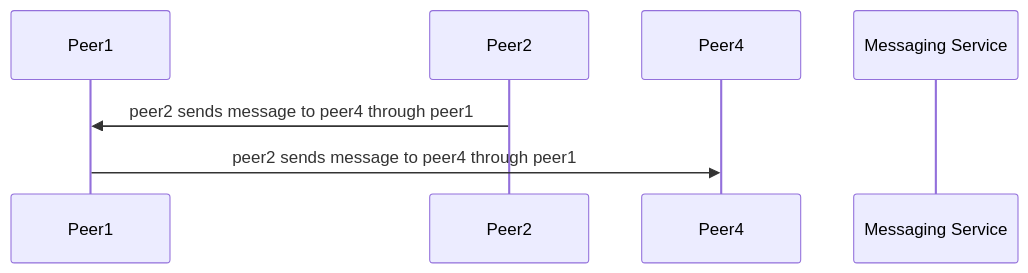
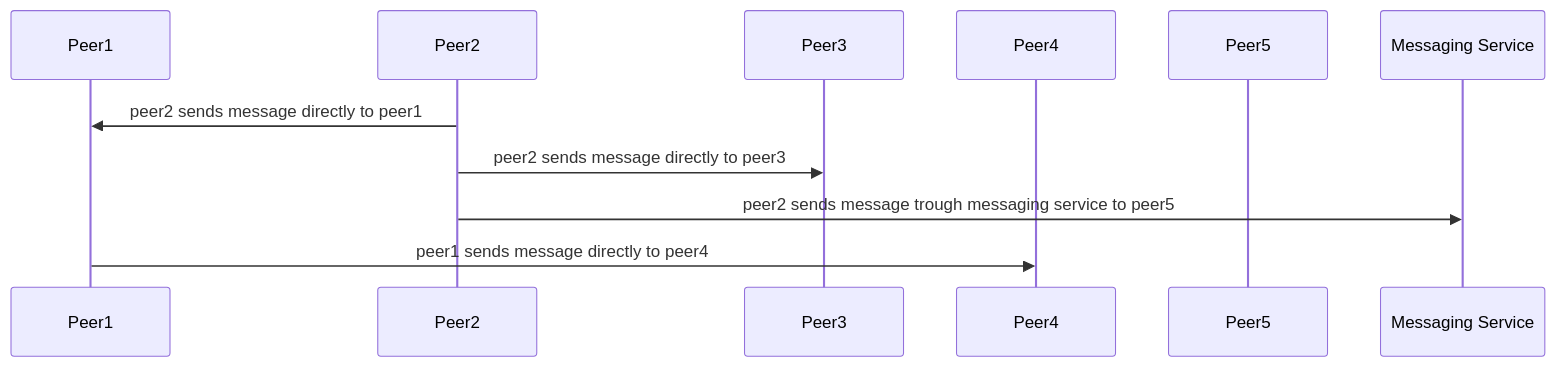
Before and after one commit to decentraland/adr: diagram 11 of 13 in RFC/RFC-14-p2p-adapter.md, drawn with Mermaid. The commit also changed other lines of this file, not shown here.

````diff
--- a/RFC/RFC-14-p2p-adapter.md
+++ b/RFC/RFC-14-p2p-adapter.md
@@ -113,11 +169,15 @@
 ```mermaid
 sequenceDiagram
     participant Peer1
     participant Peer2
+    participant Peer3
     participant Peer4
+    participant Peer5
     participant MS as Messaging Service
 
-    Peer2->>Peer1: peer2 sends message to peer4 through peer1
-    Peer1->>Peer4: peer2 sends message to peer4 through peer1
+    Peer2->>Peer1: peer2 sends message directly to peer1
+    Peer2->>Peer3: peer2 sends message directly to peer3
+    Peer2->>MS: peer2 sends message trough messaging service to peer5
 
+    Peer1->>Peer4: peer1 sends message directly to peer4
 ```
````
